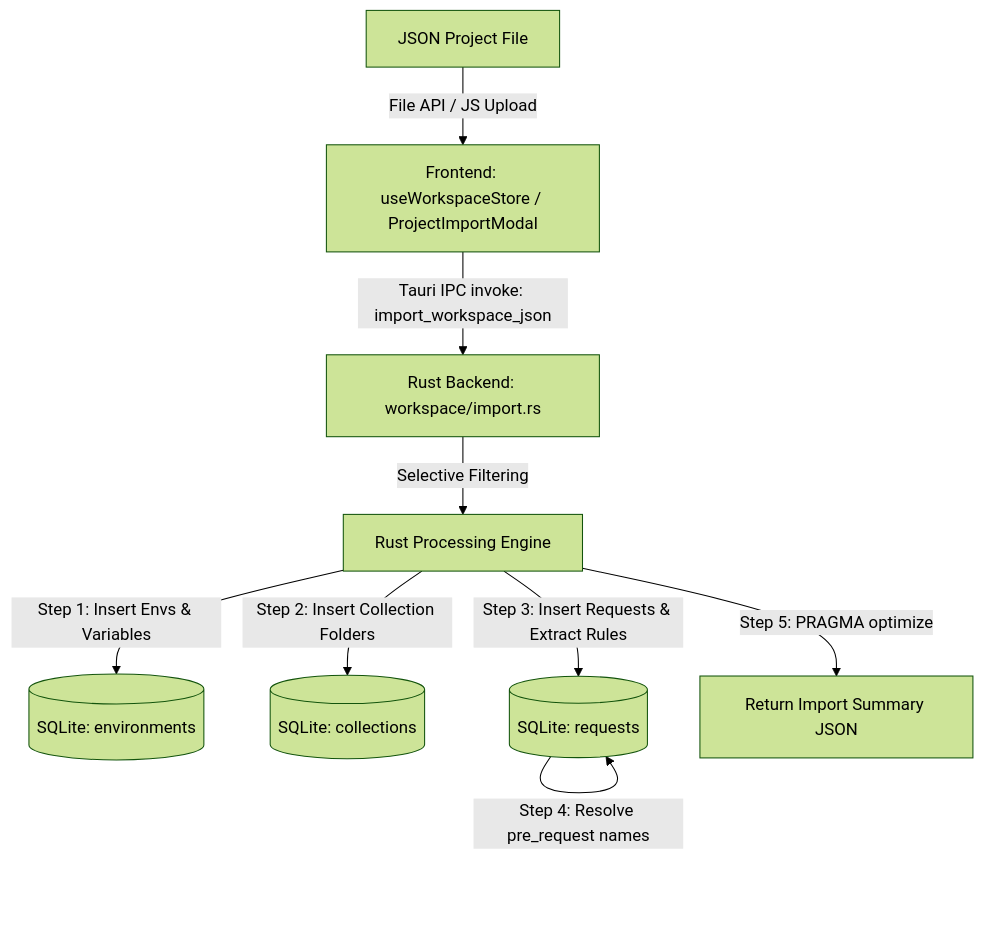
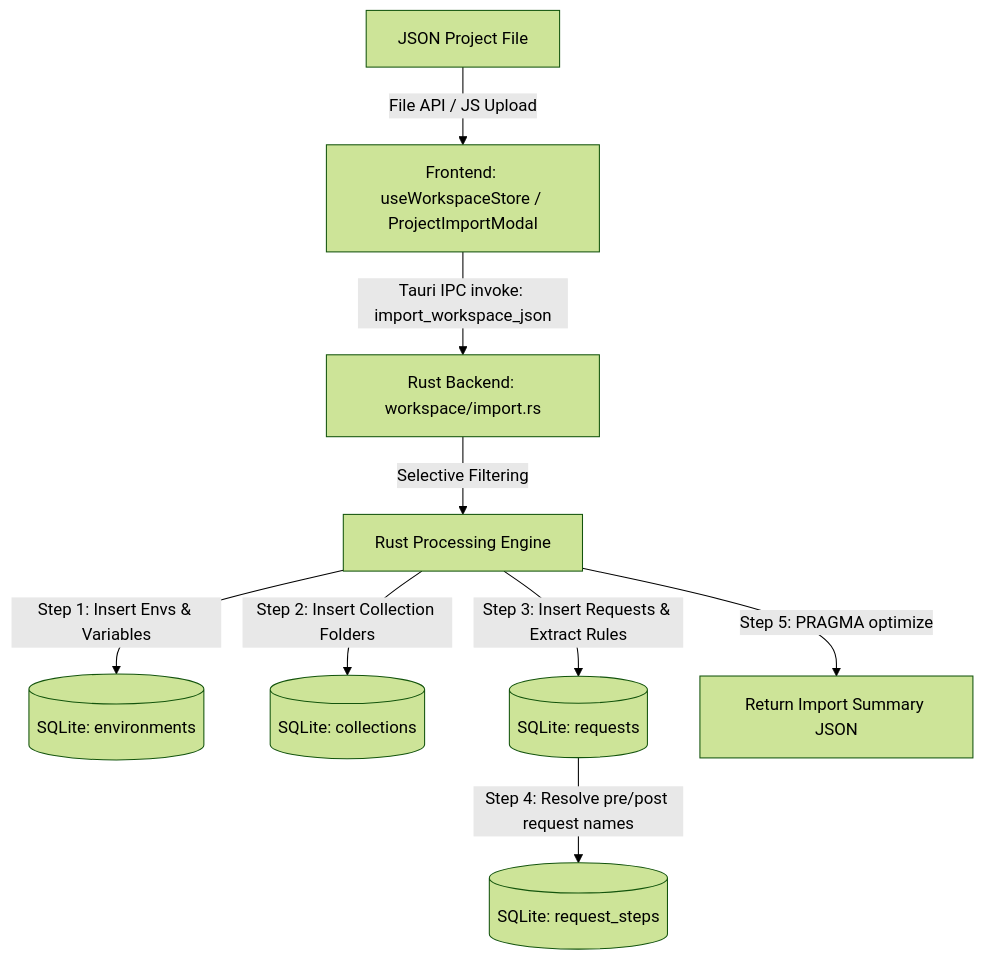
One commit to 7fuzz/mitm-rust changed the diagram in IMPORT_PROJECT_FROM_JSON.md. Above: the diagram before and after it, drawn with Mermaid (forest theme). The commit also changed other lines of this file and 22 other files, not shown here.

First line of the commit message:
feat(requests): ordered pre- and post-requests in a request_steps table

````diff
--- a/IMPORT_PROJECT_FROM_JSON.md
+++ b/IMPORT_PROJECT_FROM_JSON.md
@@ -11,11 +11,11 @@
 ```mermaid
 flowchart TD
     A[JSON Project File] -->|File API / JS Upload| B[Frontend: useWorkspaceStore / ProjectImportModal]
     B -->|Tauri IPC invoke: import_workspace_json| C[Rust Backend: workspace/import.rs]
     C -->|Selective Filtering| D[Rust Processing Engine]
     D -->|Step 1: Insert Envs & Variables| E[(SQLite: environments)]
     D -->|Step 2: Insert Collection Folders| F[(SQLite: collections)]
     D -->|Step 3: Insert Requests & Extract Rules| G[(SQLite: requests)]
-    G -->|Step 4: Resolve pre_request names| G
+    G -->|Step 4: Resolve pre/post request names| I[(SQLite: request_steps)]
     D -->|Step 5: PRAGMA optimize| H[Return Import Summary JSON]
 ```
````
